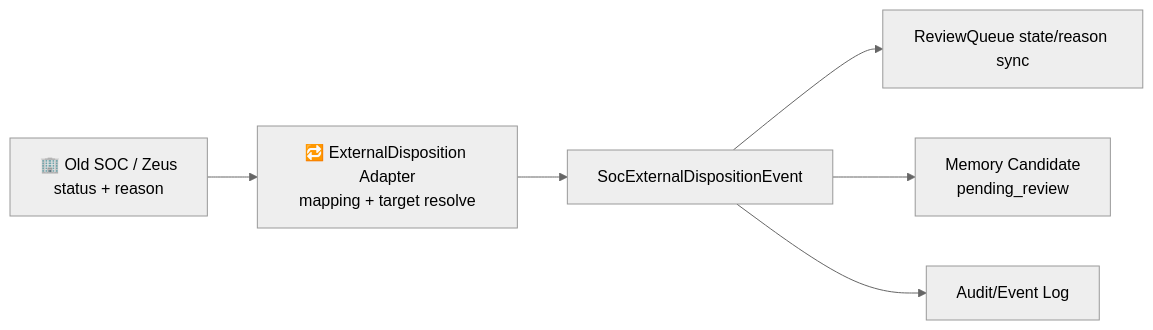
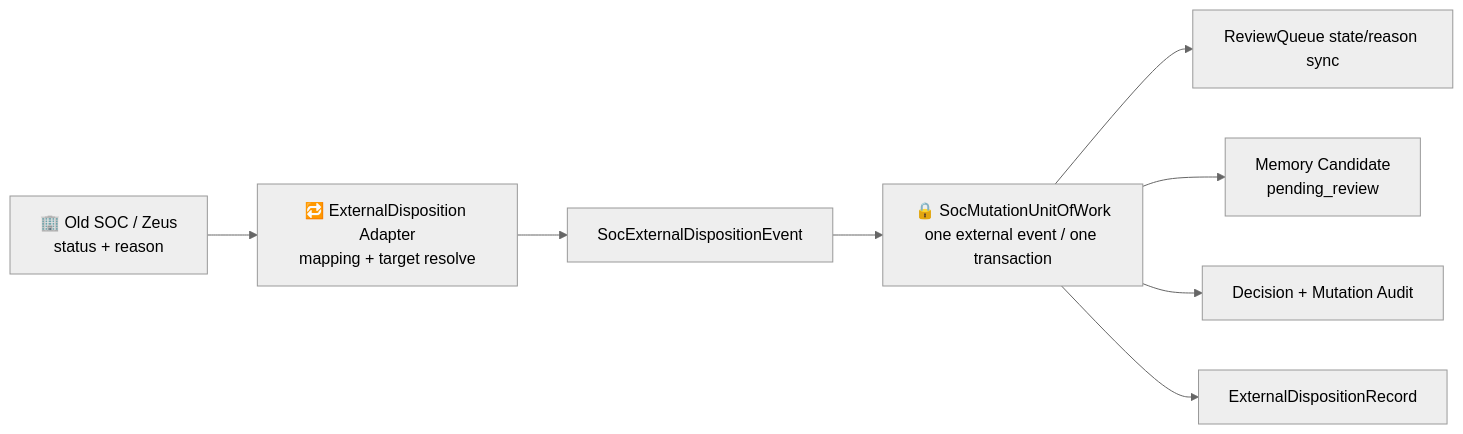
One commit to yydspanda/deer-flow changed the tenth of 14 diagrams in .notes/ai_soc/soc-agent-solution.md. Above: the diagram before and after it, drawn with Mermaid (neutral theme). The commit also changed other lines of this file and 21 other files, not shown here.

````diff
--- a/.notes/ai_soc/soc-agent-solution.md
+++ b/.notes/ai_soc/soc-agent-solution.md
@@ -697,8 +706,10 @@
 ```mermaid
 flowchart LR
     OLD["🏢 Old SOC / Zeus<br/>status + reason"] --> MAP["🔁 ExternalDisposition Adapter<br/>mapping + target resolve"]
     MAP --> EVENT["SocExternalDispositionEvent"]
-    EVENT --> REVIEW["ReviewQueue state/reason sync"]
-    EVENT --> CAND["Memory Candidate<br/>pending_review"]
-    EVENT --> AUDIT["Audit/Event Log"]
+    EVENT --> TX["🔒 SocMutationUnitOfWork<br/>one external event / one transaction"]
+    TX --> REVIEW["ReviewQueue state/reason sync"]
+    TX --> CAND["Memory Candidate<br/>pending_review"]
+    TX --> AUDIT["Decision + Mutation Audit"]
+    TX --> EXT["ExternalDispositionRecord"]
 ```
````
